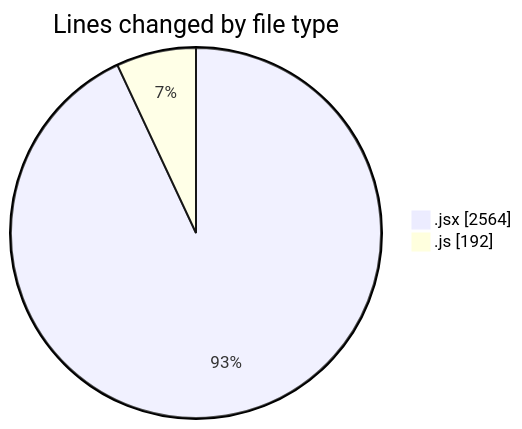
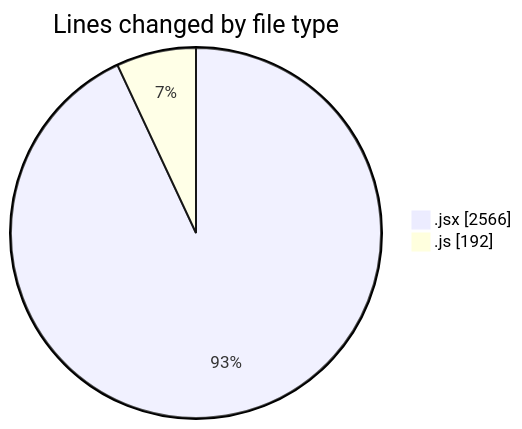
One commit to nxtqubesakshisongat/code-tracking changed the first of 2 diagrams in 2025-07-11/argos/README.md. Above: the diagram before and after it, drawn with Mermaid. The commit also changed other lines of this file and 1 other file, not shown here.

````diff
--- a/2025-07-11/argos/README.md
+++ b/2025-07-11/argos/README.md
@@ -24,6 +24,6 @@
 ```mermaid
 pie showData
 title Lines changed by file type
-".jsx" : 2564
+".jsx" : 2566
 ".js" : 192
 ```
````
